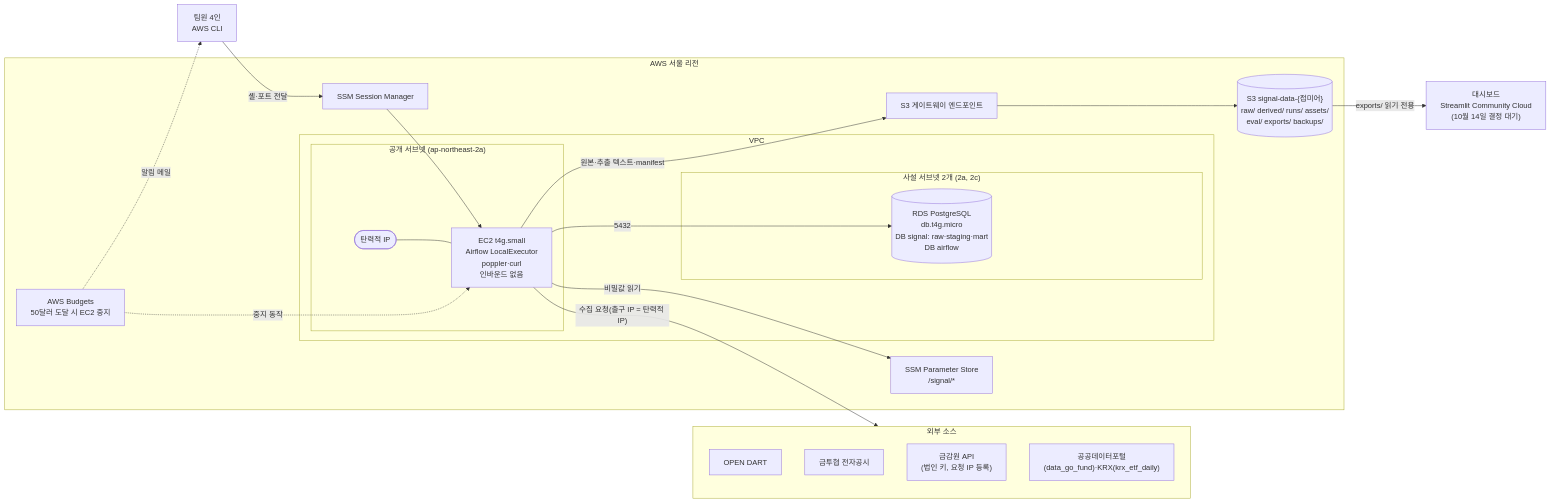
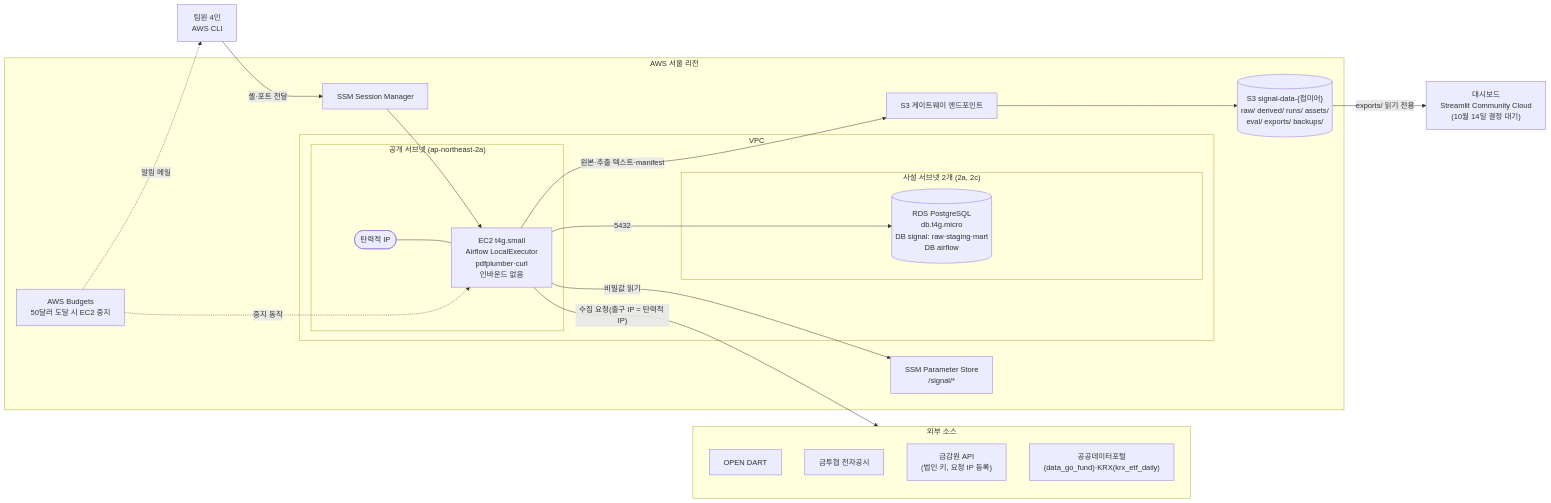
The diagram in docs/storage-design.md (BOAZ-Signal-Team-26/signal-infra), drawn with Mermaid before and after one commit. The commit also changed other lines of this file, not shown here.

First line of the commit message:
#27 docs: PDF 추출 도구 pdfplumber 전환, 메모리 합격 기준, Airflow 2.x 지원 종료, 파서 버전 형식 반영

````diff
--- a/docs/storage-design.md
+++ b/docs/storage-design.md
@@ -590,40 +597,40 @@
 ```mermaid
 flowchart LR
     subgraph EXT["외부 소스"]
         DART["OPEN DART"]
         KOFIA["금투협 전자공시"]
         FSS["금감원 API<br/>(법인 키, 요청 IP 등록)"]
         PORTAL["공공데이터포털(data_go_fund)·KRX(krx_etf_daily)"]
     end
 
     subgraph AWS["AWS 서울 리전"]
         subgraph VPC["VPC"]
             subgraph PUB["공개 서브넷 (ap-northeast-2a)"]
-                EC2["EC2 t4g.small<br/>Airflow LocalExecutor<br/>poppler·curl<br/>인바운드 없음"]
+                EC2["EC2 t4g.small<br/>Airflow LocalExecutor<br/>pdfplumber·curl<br/>인바운드 없음"]
                 EIP(["탄력적 IP"])
             end
             subgraph PRIV["사설 서브넷 2개 (2a, 2c)"]
                 RDS[("RDS PostgreSQL<br/>db.t4g.micro<br/>DB signal: raw·staging·mart<br/>DB airflow")]
             end
         end
         VPCE["S3 게이트웨이 엔드포인트"]
         S3[("S3 signal-data-{접미어}<br/>raw/ derived/ runs/ assets/<br/>eval/ exports/ backups/")]
         SSM["SSM Parameter Store<br/>/signal/*"]
         SM["SSM Session Manager"]
         BUD["AWS Budgets<br/>50달러 도달 시 EC2 중지"]
     end
 
     DASH["대시보드<br/>Streamlit Community Cloud<br/>(10월 14일 결정 대기)"]
     TEAM["팀원 4인<br/>AWS CLI"]
 
     EIP --- EC2
     EC2 -- "수집 요청(출구 IP = 탄력적 IP)" --> EXT
     EC2 -- "원본·추출 텍스트·manifest" --> VPCE --> S3
     EC2 -- "5432" --> RDS
     EC2 -- "비밀값 읽기" --> SSM
     TEAM -- "셸·포트 전달" --> SM
     SM --> EC2
     S3 -- "exports/ 읽기 전용" --> DASH
     BUD -. "알림 메일" .-> TEAM
     BUD -. "중지 동작" .-> EC2
 ```
````
